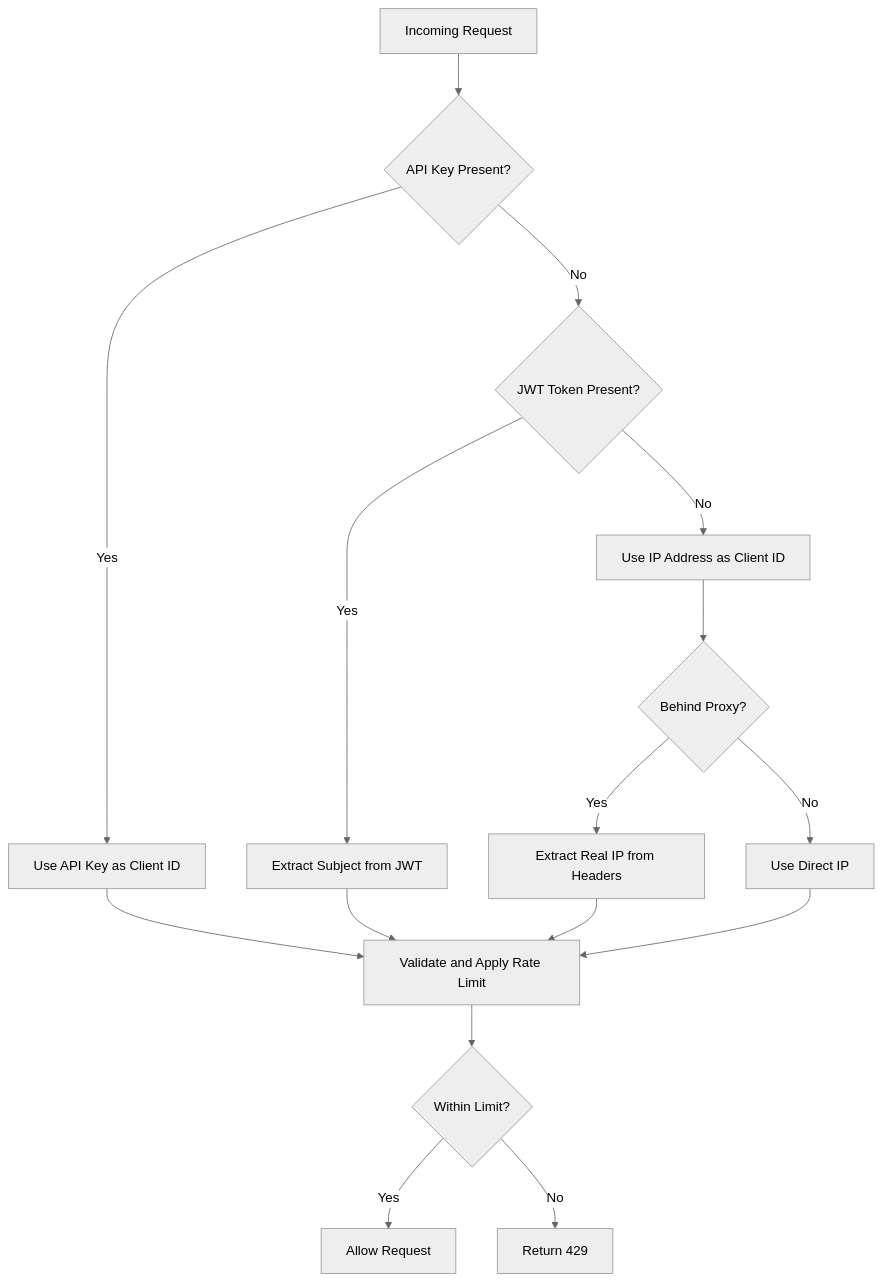
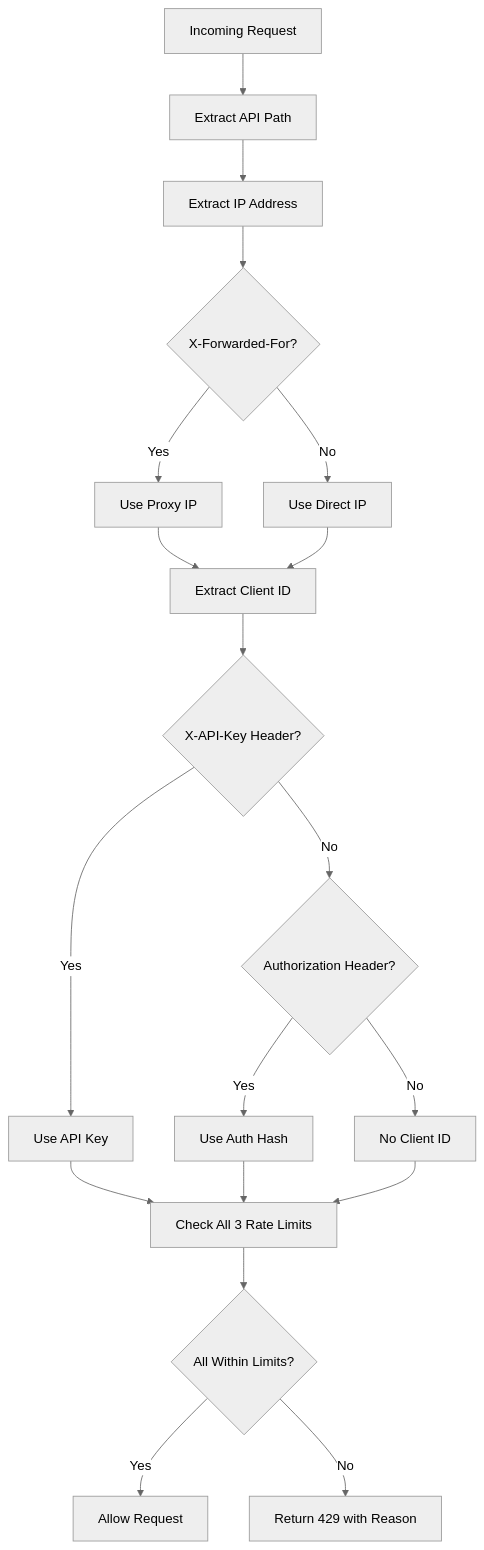
The fourth of 5 diagrams in .kiro/specs/api-rate-limiting/design.md (seanseannery/api-in-a-box), drawn with Mermaid (neutral theme) before and after one commit. The commit also changed other lines of this file and 16 other files, not shown here.

````diff
--- a/.kiro/specs/api-rate-limiting/design.md
+++ b/.kiro/specs/api-rate-limiting/design.md
@@ -126,20 +81,25 @@
 ```mermaid
 flowchart TD
-    Start[Incoming Request] --> CheckAPI{API Key Present?}
-    CheckAPI -->|Yes| UseAPI[Use API Key as Client ID]
-    CheckAPI -->|No| CheckJWT{JWT Token Present?}
-    CheckJWT -->|Yes| ExtractSub[Extract Subject from JWT]
-    CheckJWT -->|No| UseIP[Use IP Address as Client ID]
+    Start[Incoming Request] --> ExtractAPI[Extract API Path]
+    ExtractAPI --> ExtractIP[Extract IP Address]
+    ExtractIP --> CheckProxy{X-Forwarded-For?}
+    CheckProxy -->|Yes| UseProxy[Use Proxy IP]
+    CheckProxy -->|No| UseDirect[Use Direct IP]
     
-    UseAPI --> Validate[Validate and Apply Rate Limit]
-    ExtractSub --> Validate
-    UseIP --> CheckProxy{Behind Proxy?}
-    CheckProxy -->|Yes| ExtractReal[Extract Real IP from Headers]
-    CheckProxy -->|No| UseDirectIP[Use Direct IP]
-    ExtractReal --> Validate
-    UseDirectIP --> Validate
+    UseProxy --> ExtractClient[Extract Client ID]
+    UseDirect --> ExtractClient
     
-    Validate --> Decision{Within Limit?}
+    ExtractClient --> CheckAPIKey{X-API-Key Header?}
+    CheckAPIKey -->|Yes| UseAPIKey[Use API Key]
+    CheckAPIKey -->|No| CheckAuth{Authorization Header?}
+    CheckAuth -->|Yes| UseAuthHash[Use Auth Hash]
+    CheckAuth -->|No| NoClient[No Client ID]
+    
+    UseAPIKey --> CheckLimits[Check All 3 Rate Limits]
+    UseAuthHash --> CheckLimits
+    NoClient --> CheckLimits
+    
+    CheckLimits --> Decision{All Within Limits?}
     Decision -->|Yes| Allow[Allow Request]
-    Decision -->|No| Block[Return 429]
+    Decision -->|No| Block[Return 429 with Reason]
 ```
````
